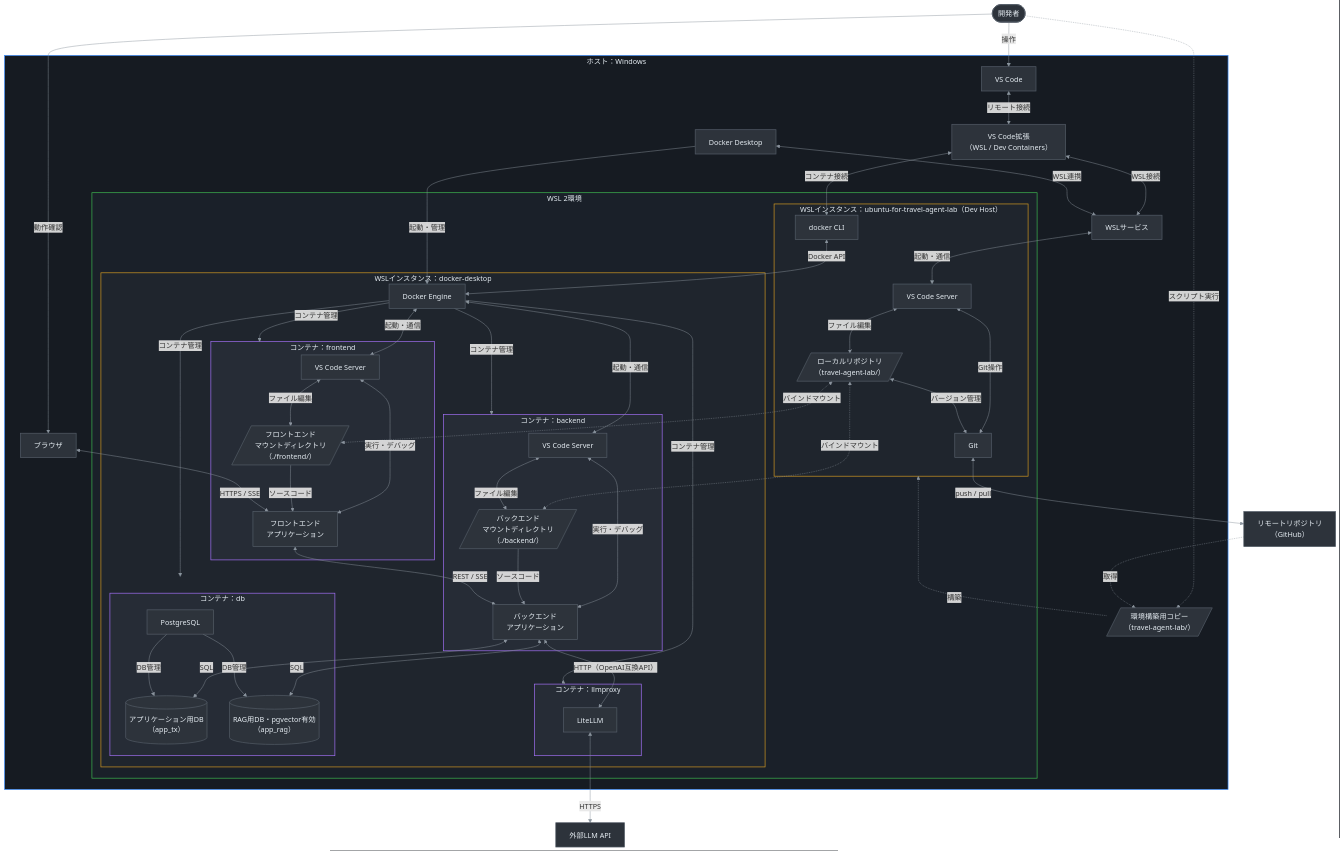
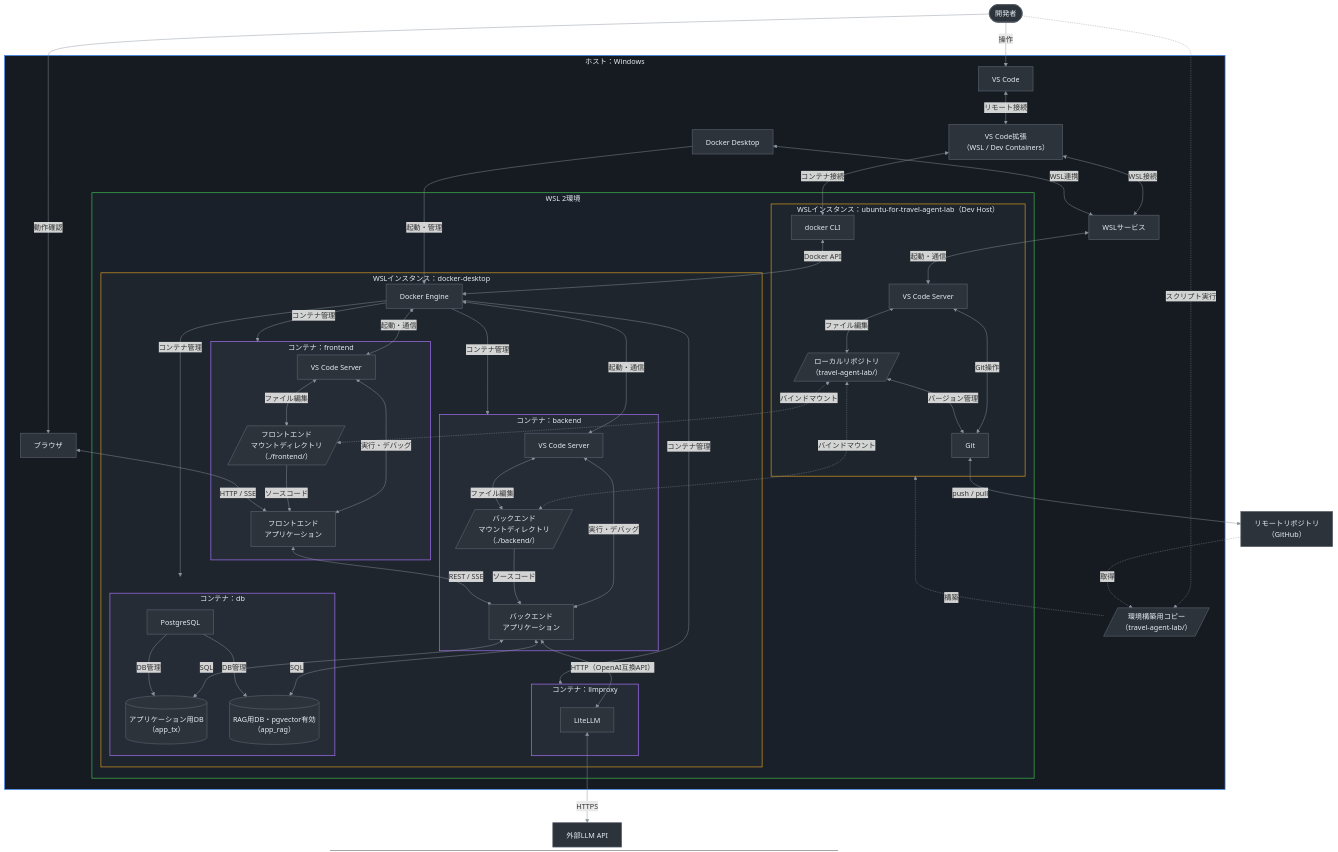
Before and after one commit to d-saitou/travel-agent-lab: the diagram in docs/design/development-environment.md, drawn with Mermaid. The commit also changed other lines of this file and 1 other file, not shown here.

Commit message:
docs: HTTPS化は後日対応の制約追記

```diff
--- a/docs/design/development-environment.md
+++ b/docs/design/development-environment.md
@@ -94,7 +94,7 @@
   VSCodeBE <-->|"実行・デバッグ"| BEApp
   BEMount -->|"ソースコード"| BEApp
   FEApp <-->|"REST / SSE"| BEApp
-  Browser <-->|"HTTPS / SSE"| FEApp
+  Browser <-->|"HTTP / SSE"| FEApp
 
   %% LLM / DB
   BEApp <-->|"HTTP（OpenAI互換API）"| LiteLLM
```
